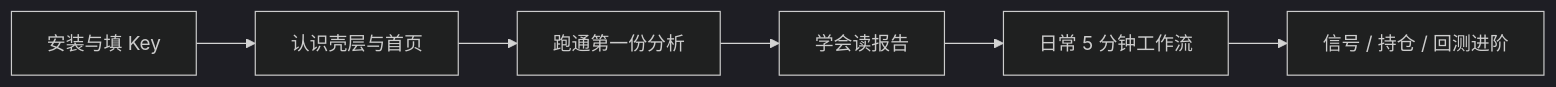
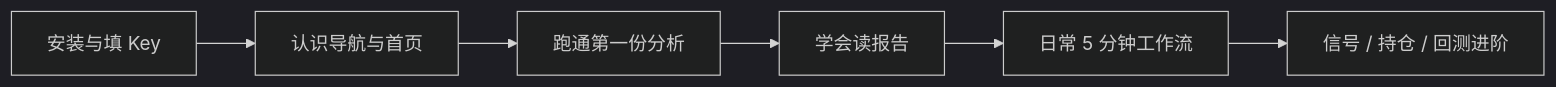
One commit to SiinXu/stock-pulse-ai changed the diagram in docs/ui-manual/README.md. Above: the diagram before and after it, drawn with Mermaid (dark theme). The commit also changed other lines of this file and 73 other files, not shown here.

First line of the commit message:
docs(ui-manual): deepen modules with scenarios, tone pass, and figure placeholders

````diff
--- a/docs/ui-manual/README.md
+++ b/docs/ui-manual/README.md
@@ -15,8 +50,8 @@
 ```mermaid
 flowchart LR
-  A[安装与填 Key] --> B[认识壳层与首页]
+  A[安装与填 Key] --> B[认识导航与首页]
   B --> C[跑通第一份分析]
   C --> D[学会读报告]
   D --> E[日常 5 分钟工作流]
   E --> F[信号 / 持仓 / 回测进阶]
 ```
````
